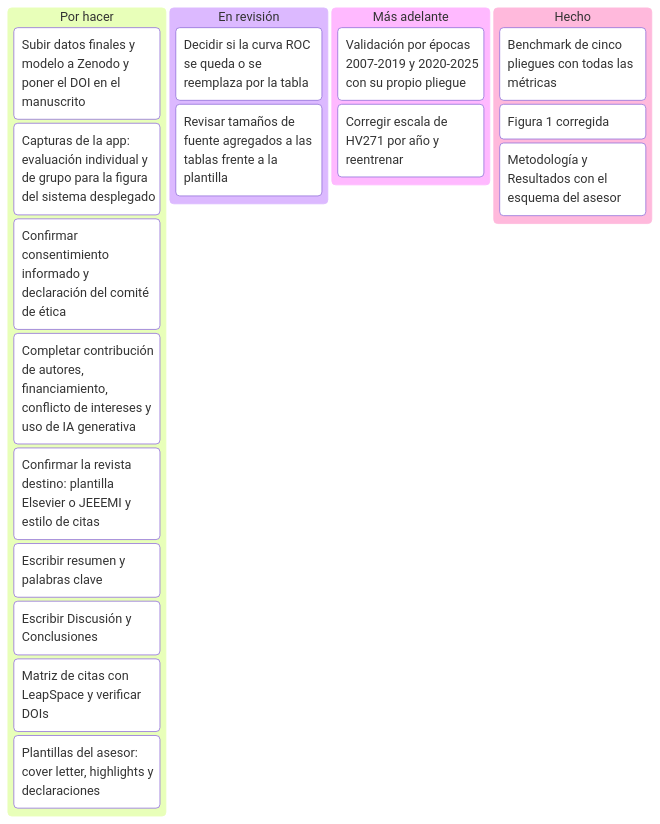
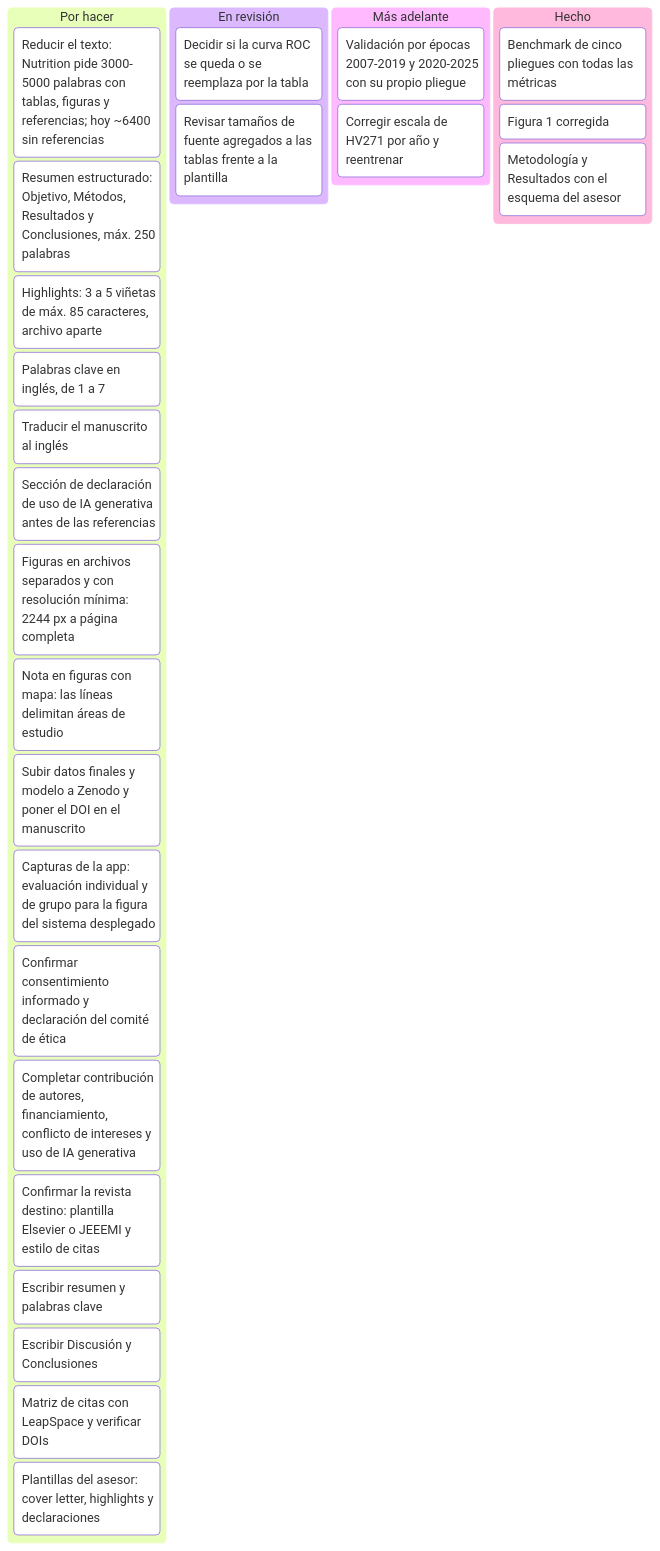
The diagram in manuscrito/pendientes.mmd (abelguevara-upeu/malnutrition-research), drawn with Mermaid before and after one commit.

Commit message:
Pendientes según la guía de Nutrition

```diff
--- a/manuscrito/pendientes.mmd
+++ b/manuscrito/pendientes.mmd
@@ -1,24 +1,32 @@
 ---
 title: Pendientes del artículo
 ---
 kanban
   Por hacer
+    nlen[Reducir el texto: Nutrition pide 3000-5000 palabras con tablas, figuras y referencias; hoy ~6400 sin referencias]
+    nres[Resumen estructurado: Objetivo, Métodos, Resultados y Conclusiones, máx. 250 palabras]
+    nhl[Highlights: 3 a 5 viñetas de máx. 85 caracteres, archivo aparte]
+    nkw[Palabras clave en inglés, de 1 a 7]
+    ning[Traducir el manuscrito al inglés]
+    nia[Sección de declaración de uso de IA generativa antes de las referencias]
+    nfig[Figuras en archivos separados y con resolución mínima: 2244 px a página completa]
+    nmap[Nota en figuras con mapa: las líneas delimitan áreas de estudio]
     zen[Subir datos finales y modelo a Zenodo y poner el DOI en el manuscrito]
     cap[Capturas de la app: evaluación individual y de grupo para la figura del sistema desplegado]
     etica[Confirmar consentimiento informado y declaración del comité de ética]
     decl[Completar contribución de autores, financiamiento, conflicto de intereses y uso de IA generativa]
     rev[Confirmar la revista destino: plantilla Elsevier o JEEEMI y estilo de citas]
     res[Escribir resumen y palabras clave]
     disc[Escribir Discusión y Conclusiones]
     cit[Matriz de citas con LeapSpace y verificar DOIs]
     docs[Plantillas del asesor: cover letter, highlights y declaraciones]
   En revisión
     roc[Decidir si la curva ROC se queda o se reemplaza por la tabla]
     tam[Revisar tamaños de fuente agregados a las tablas frente a la plantilla]
   Más adelante
     epoca[Validación por épocas 2007-2019 y 2020-2025 con su propio pliegue]
     hv271[Corregir escala de HV271 por año y reentrenar]
   Hecho
     bench[Benchmark de cinco pliegues con todas las métricas]
     fig1[Figura 1 corregida]
     estr[Metodología y Resultados con el esquema del asesor]
```
